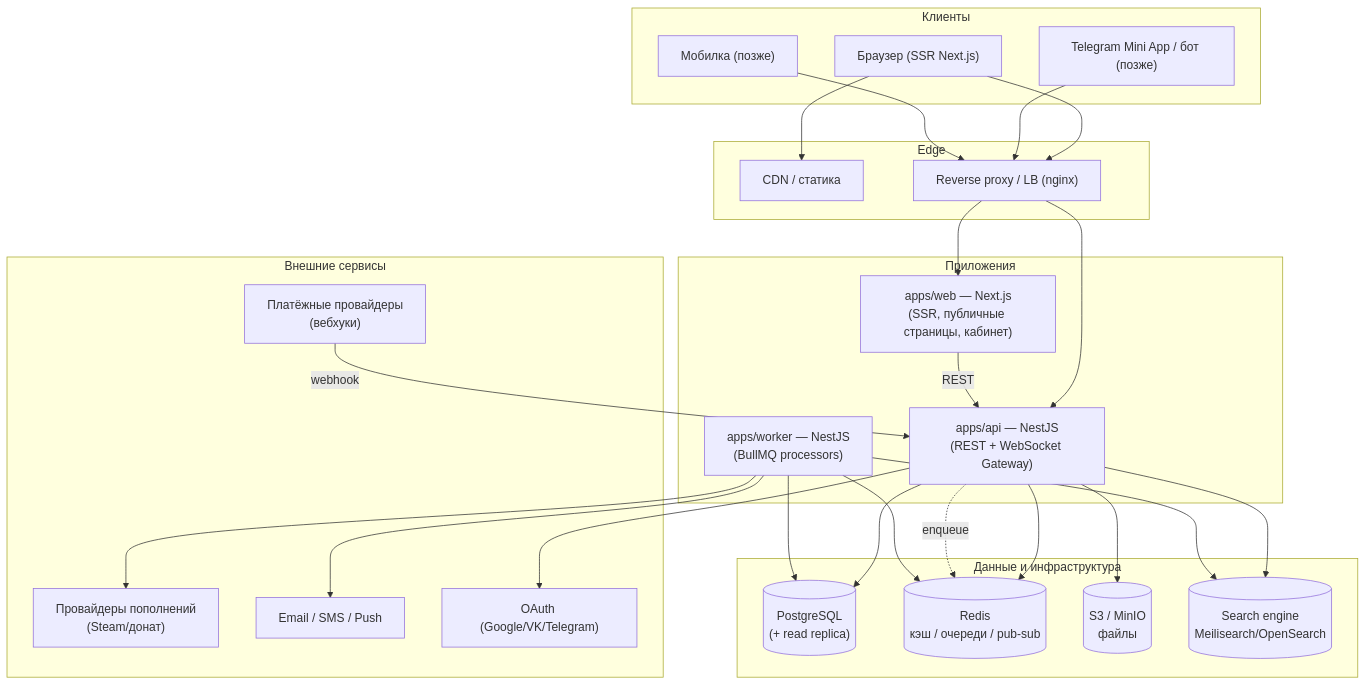
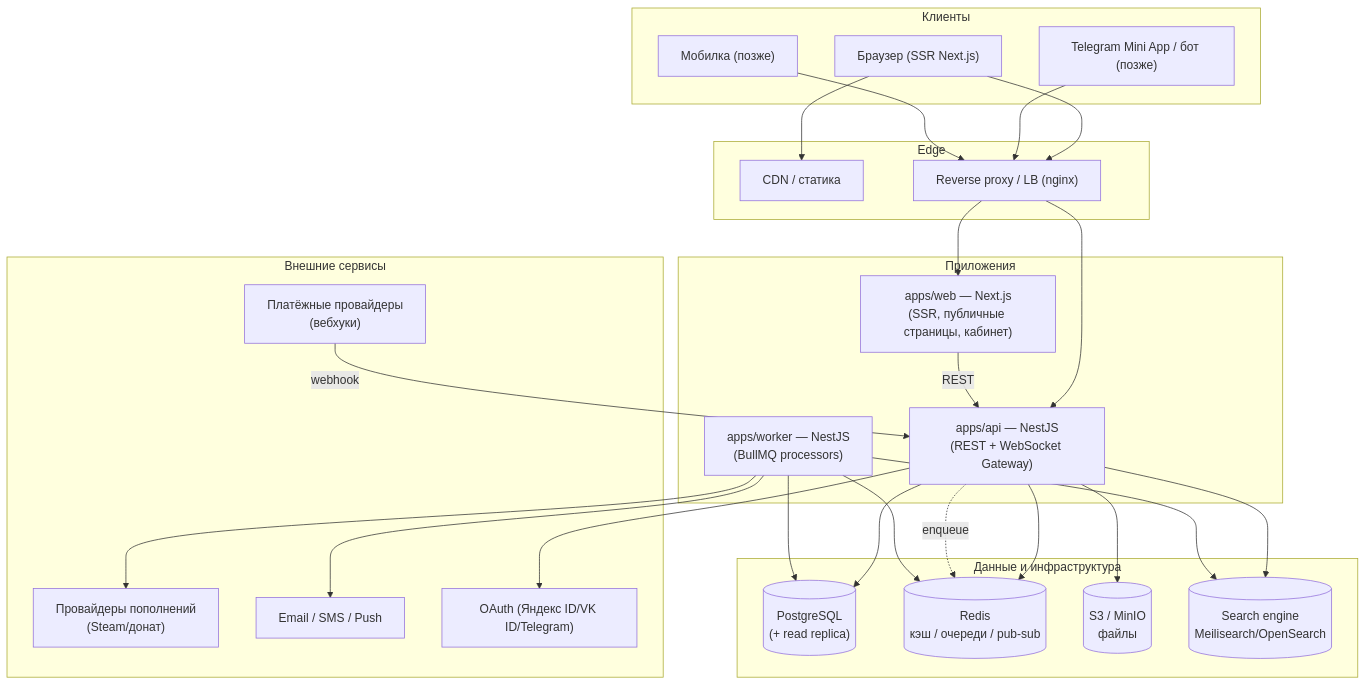
Before and after one commit to Silence2111/funpaypotipu: the first of 2 diagrams in docs/01-architecture.md, drawn with Mermaid. The commit also changed 22 other files, not shown here.

First line of the commit message:
Вход через Яндекс ID вместо Google; план до первой сделки

````diff
--- a/docs/01-architecture.md
+++ b/docs/01-architecture.md
@@ -42,53 +42,53 @@
 ```mermaid
 flowchart TB
     subgraph Client["Клиенты"]
         Web["Браузер (SSR Next.js)"]
         TG["Telegram Mini App / бот (позже)"]
         Mobile["Мобилка (позже)"]
     end
 
     subgraph Edge["Edge"]
         CDN["CDN / статика"]
         LB["Reverse proxy / LB (nginx)"]
     end
 
     subgraph Apps["Приложения"]
         NextApp["apps/web — Next.js\n(SSR, публичные страницы, кабинет)"]
         Api["apps/api — NestJS\n(REST + WebSocket Gateway)"]
         Worker["apps/worker — NestJS\n(BullMQ processors)"]
     end
 
     subgraph Data["Данные и инфраструктура"]
         PG[("PostgreSQL\n(+ read replica)")]
         Redis[("Redis\nкэш / очереди / pub-sub")]
         S3[("S3 / MinIO\nфайлы")]
         Search[("Search engine\nMeilisearch/OpenSearch")]
     end
 
     subgraph External["Внешние сервисы"]
         Pay["Платёжные провайдеры\n(вебхуки)"]
         TopUp["Провайдеры пополнений\n(Steam/донат)"]
         Mail["Email / SMS / Push"]
-        OAuth["OAuth (Google/VK/Telegram)"]
+        OAuth["OAuth (Яндекс ID/VK ID/Telegram)"]
     end
 
     Web --> CDN
     Web --> LB
     TG --> LB
     Mobile --> LB
     LB --> NextApp
     LB --> Api
     NextApp -->|REST| Api
     Api --> PG
     Api --> Redis
     Api --> S3
     Api --> Search
     Api -. enqueue .-> Redis
     Worker --> Redis
     Worker --> PG
     Worker --> Search
     Worker --> Mail
     Worker --> TopUp
     Pay -->|webhook| Api
     Api --> OAuth
 ```
````
